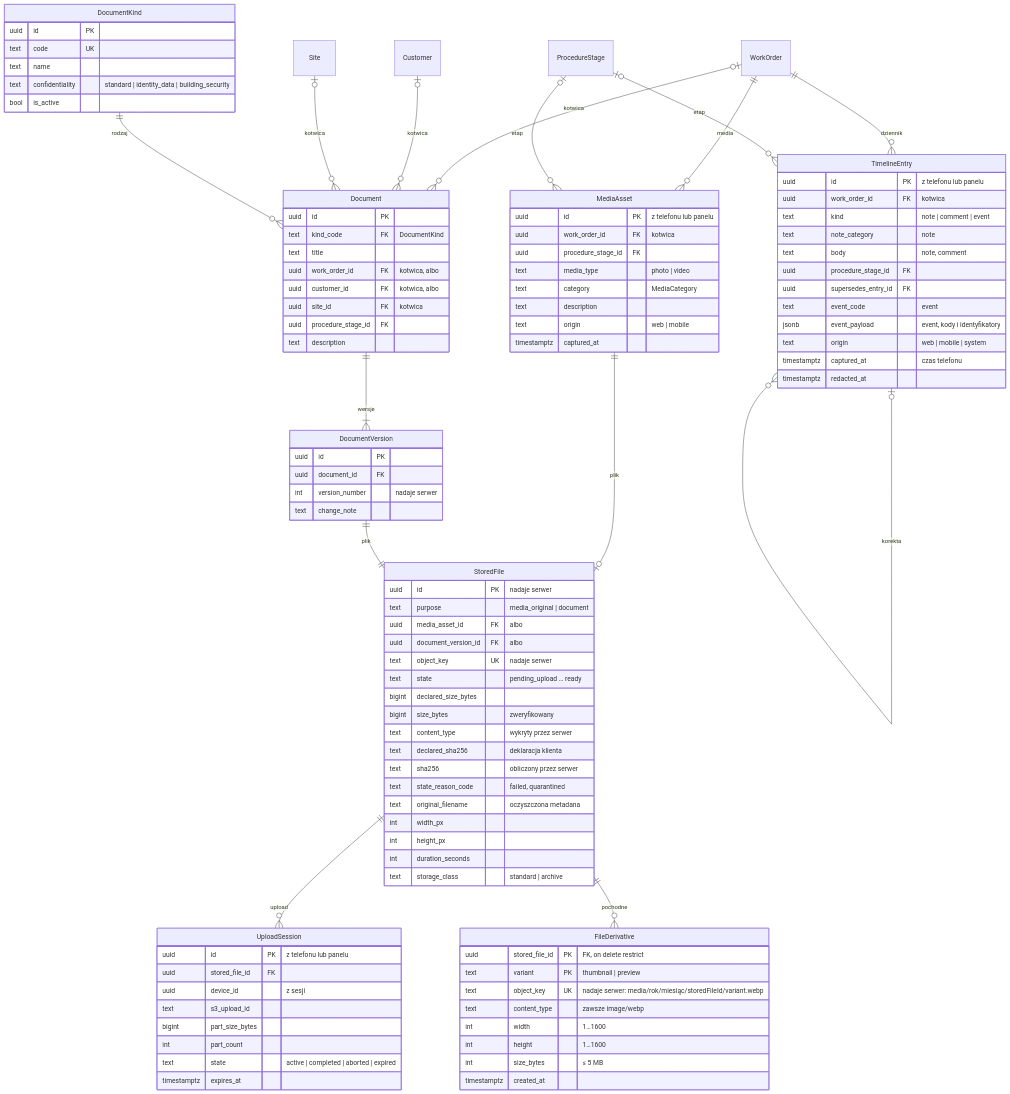
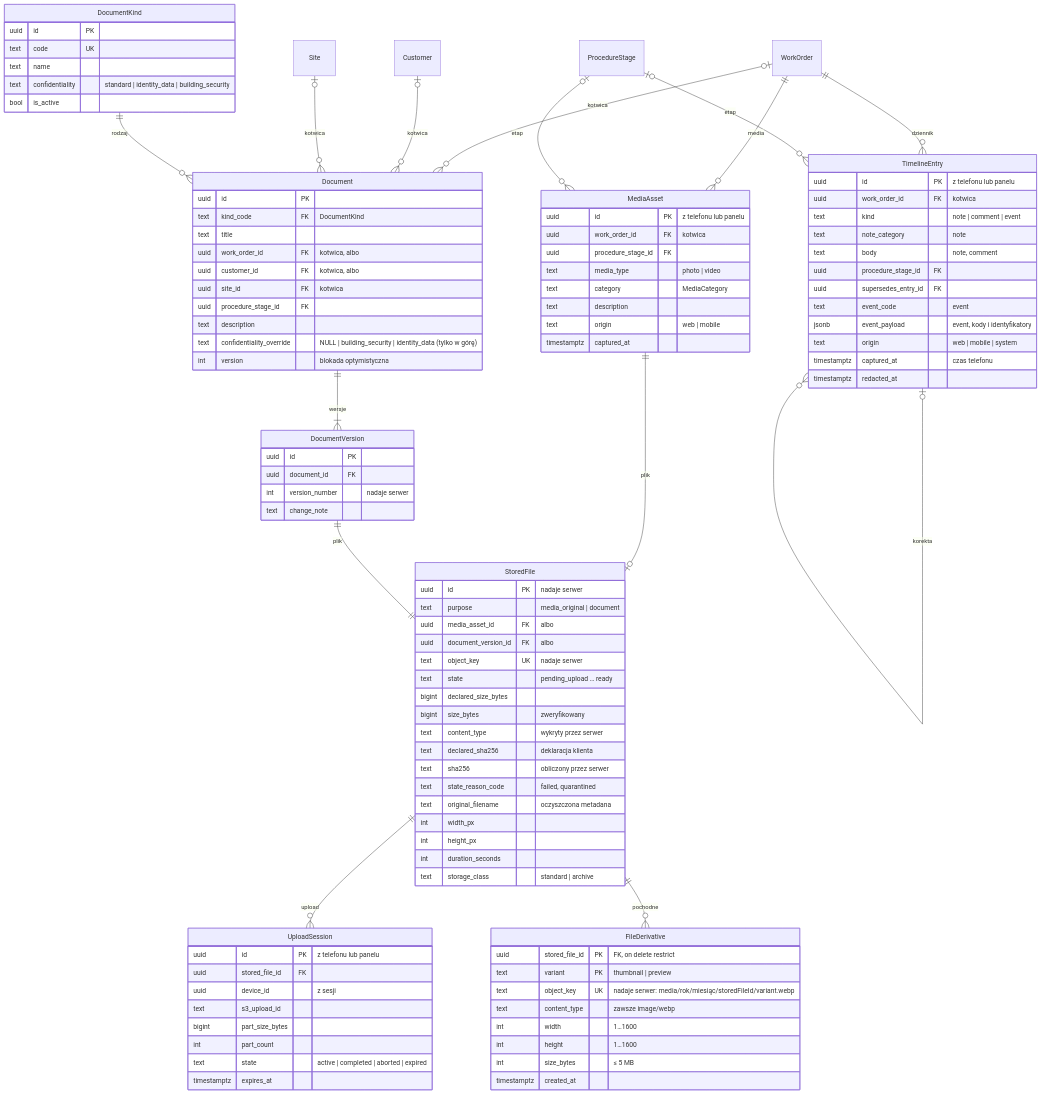
One commit to konradkluz/evia-manager changed the fourth of 8 diagrams in docs/architecture/domain-model.md. Above: the diagram before and after it, drawn with Mermaid. The commit also changed other lines of this file and 205 other files, not shown here.

```diff
--- a/docs/architecture/domain-model.md
+++ b/docs/architecture/domain-model.md
@@ -441,6 +441,8 @@
     uuid site_id FK "kotwica"
     uuid procedure_stage_id FK
     text description
+    text confidentiality_override "NULL | building_security | identity_data (tylko w górę)"
+    int version "blokada optymistyczna"
   }
   DocumentVersion {
     uuid id PK
```
